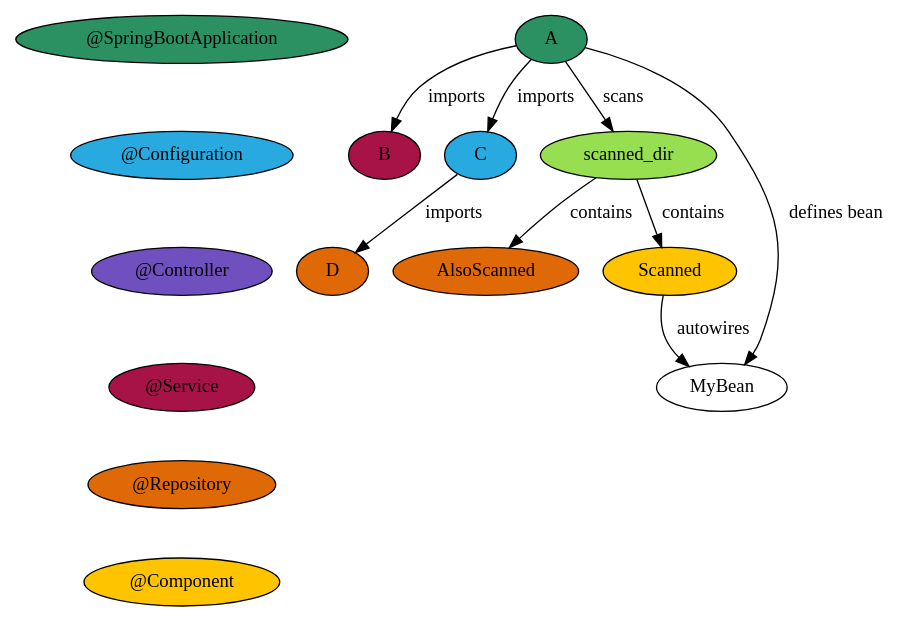
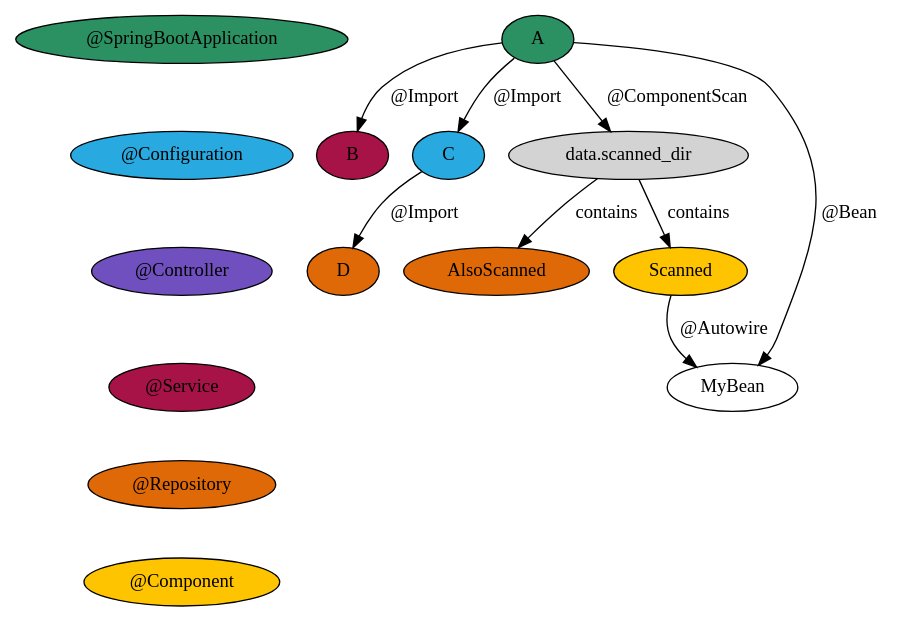
The diagram in example.dot (rudsvar/spring-visualizer), drawn with Graphviz before and after one commit. The commit also changed 4 other files, not shown here.

```diff
--- a/example.dot
+++ b/example.dot
@@ -1,32 +1,32 @@
 digraph Components {
     # Legend
     "@SpringBootApplication" [fillcolor="#2c9162",style=filled];
     "@Configuration" [fillcolor="#28a9e0",style=filled];
     "@Controller" [fillcolor="#7050bf",style=filled];
     "@Service" [fillcolor="#a81347",style=filled];
     "@Repository" [fillcolor="#e06907",style=filled];
     "@Component" [fillcolor="#ffc400",style=filled];
 
     # Align legend
     "@SpringBootApplication" -> "@Configuration" [style=invis];
     "@Configuration" -> "@Controller" [style=invis];
     "@Controller" -> "@Service" [style=invis];
     "@Service" -> "@Repository" [style=invis];
     "@Repository" -> "@Component" [style=invis];
 
     B [fillcolor="#a81347"style=filled];
     D [fillcolor="#e06907"style=filled];
     A [fillcolor="#2c9162"style=filled];
-    A -> B [label=imports];
-    A -> C [label=imports];
-    scanned_dir [fillcolor="#97de50",style=filled];
-    A -> scanned_dir [label=scans];
-    scanned_dir -> AlsoScanned [label=contains];
-    scanned_dir -> Scanned [label=contains];
-    A -> MyBean [label="defines bean"];
+    A -> B [label="@Import"];
+    A -> C [label="@Import"];
+    "data.scanned_dir" [style=filled];
+    "A" -> "data.scanned_dir" [label="@ComponentScan"];
+    "data.scanned_dir" -> AlsoScanned [label=contains];
+    "data.scanned_dir" -> Scanned [label=contains];
+    A -> MyBean [label="@Bean"];
     AlsoScanned [fillcolor="#e06907"style=filled];
     Scanned [fillcolor="#ffc400"style=filled];
-    Scanned -> MyBean [label=autowires];
+    Scanned -> MyBean [label="@Autowire"];
     C [fillcolor="#28a9e0"style=filled];
-    C -> D [label=imports];
+    C -> D [label="@Import"];
 }
```
